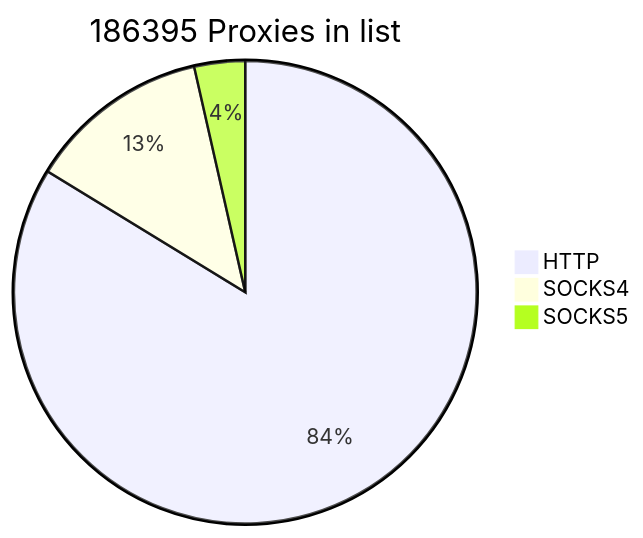
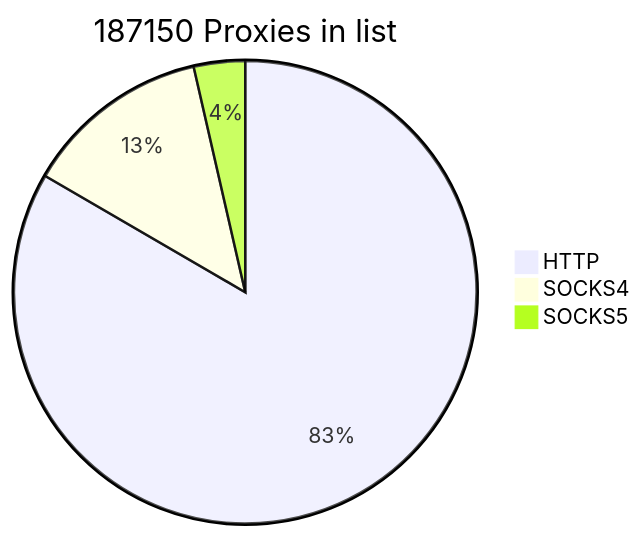
The first of 2 diagrams in README.md (cutipu/proxylist), drawn with Mermaid before and after one commit. The commit also changed other lines of this file, not shown here.

````diff
--- a/README.md
+++ b/README.md
@@ -2,7 +2,7 @@
 ```mermaid
-pie title 186395 Proxies in list
-    "HTTP" : 156072
-    "SOCKS4" : 23710
-    "SOCKS5" : 6613
+pie title 187150 Proxies in list
+    "HTTP" : 156046
+    "SOCKS4" : 24401
+    "SOCKS5" : 6703
             
 ```
````
